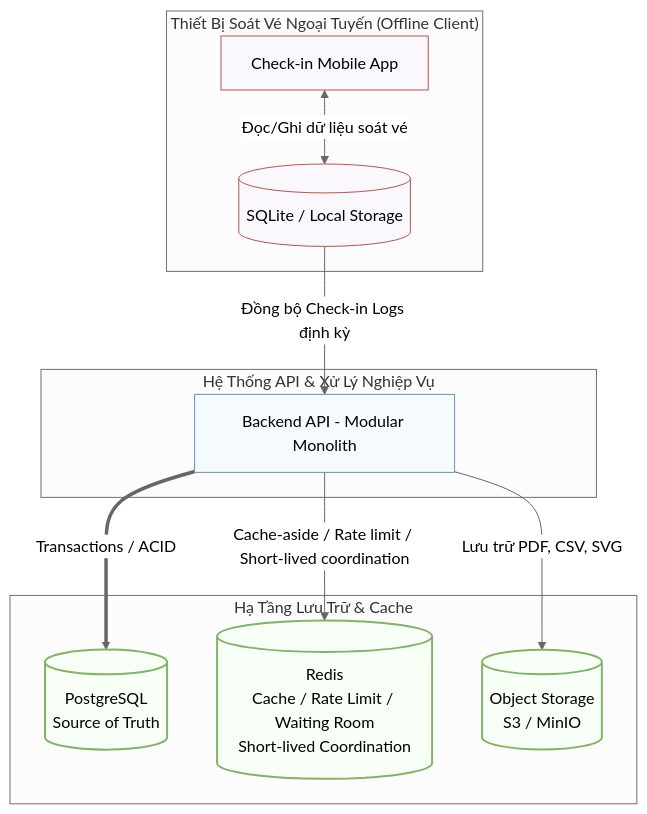
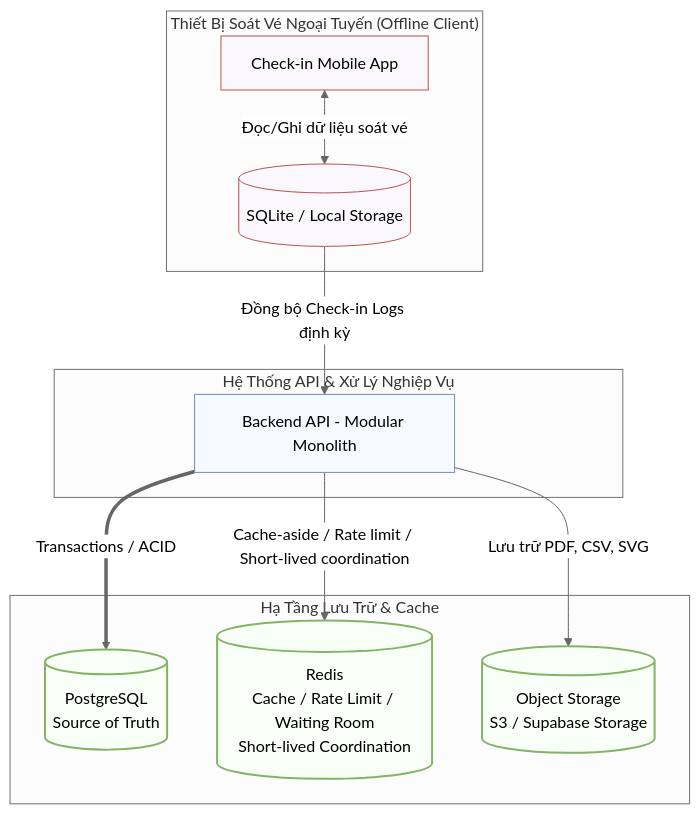
One commit to hungvu09122005/TicketBox changed the first of 4 diagrams in blueprint/04-database-design.md. Above: the diagram before and after it, drawn with Mermaid (neutral theme). The commit also changed other lines of this file and 17 other files, not shown here.

Commit message:
feat: migrate storage to Supabase S3, fix VNPAY casing, and update ticket hold limit validation

````diff
--- a/blueprint/04-database-design.md
+++ b/blueprint/04-database-design.md
@@ -16,30 +16,30 @@
 ```mermaid
 flowchart TB
     %% Định dạng cấu trúc
     classDef client fill:#faf8fc,stroke:#b85450,stroke-width:1px;
     classDef server fill:#f5faff,stroke:#6c8ebf,stroke-width:1px;
     classDef storage fill:#f8fff7,stroke:#82b366,stroke-width:2px;
 
     subgraph Khối_Mobile_Client ["Thiết Bị Soát Vé Ngoại Tuyến (Offline Client)"]
         APP[Check-in Mobile App]:::client
         LOCAL[(SQLite / Local Storage)]:::client
     end
 
     subgraph Hệ_Thống_Backend ["Hệ Thống API & Xử Lý Nghiệp Vụ"]
         API[Backend API - Modular Monolith]:::server
     end
 
     subgraph Phân_Lớp_Lưu_Trữ_Dữ_Liệu ["Hạ Tầng Lưu Trữ & Cache"]
         DB[(PostgreSQL\nSource of Truth)]:::storage
         REDIS[(Redis\nCache / Rate Limit / Waiting Room\nShort-lived Coordination)]:::storage
-        STORAGE[(Object Storage\nS3 / MinIO)]:::storage
+        STORAGE[(Object Storage\nS3 / Supabase Storage)]:::storage
     end
 
     %% Đi dây luồng dữ liệu
     APP <-->|Đọc/Ghi dữ liệu soát vé| LOCAL
     LOCAL -->|Đồng bộ Check-in Logs định kỳ| API
     
     API ==>|Transactions / ACID| DB
     API -->|Cache-aside / Rate limit / Short-lived coordination| REDIS
     API -->|Lưu trữ PDF, CSV, SVG| STORAGE
 ```
````
